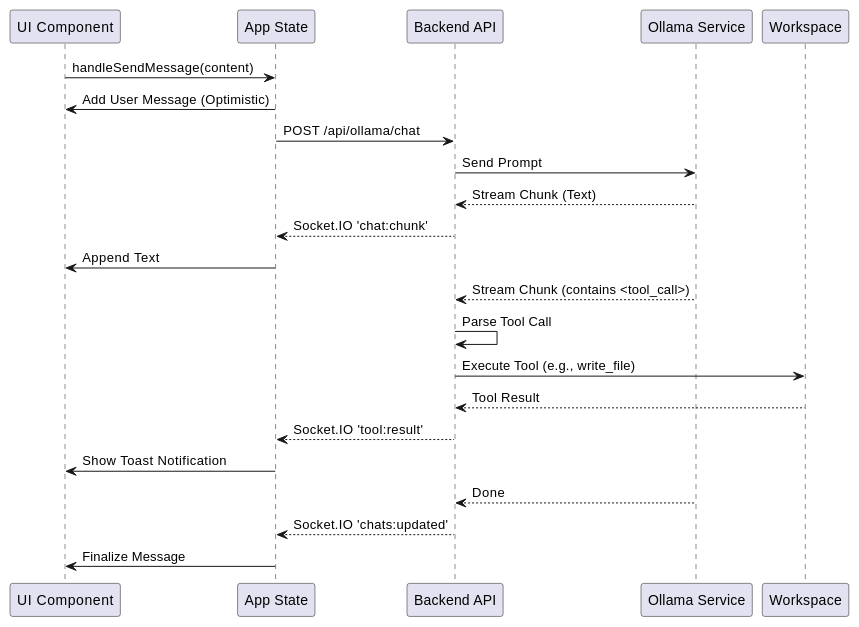
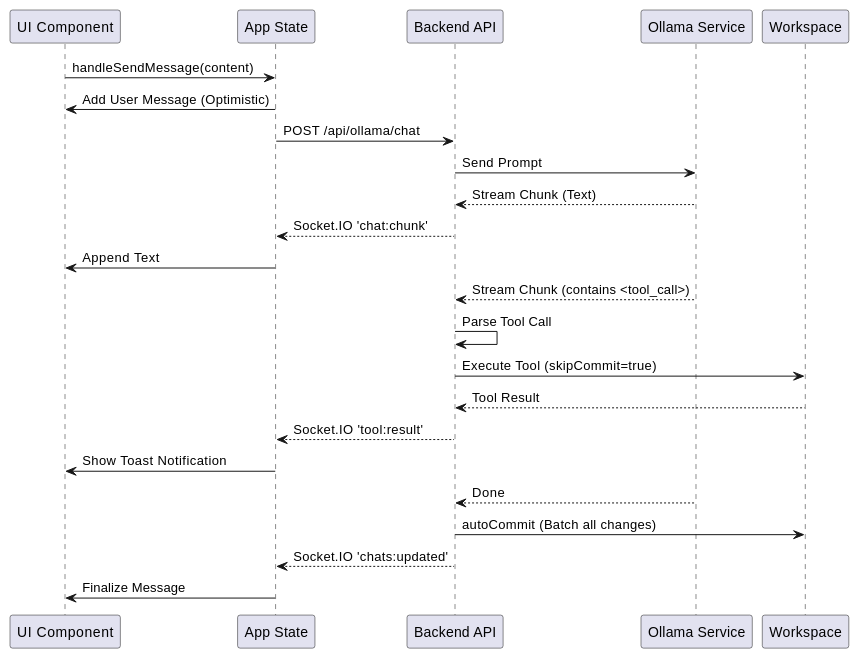
One commit to Thomson1608/Ollama-web changed the seventh of 9 diagrams in PROJECT_UML_DIAGRAMS.md. Above: the diagram before and after it, drawn with PlantUML. The commit also changed other lines of this file and 1 other file, not shown here.

````diff
--- a/PROJECT_UML_DIAGRAMS.md
+++ b/PROJECT_UML_DIAGRAMS.md
@@ -214,28 +214,29 @@
 ```plantuml
 @startuml
 participant "UI Component" as UI
 participant "App State" as State
 participant "Backend API" as API
 participant "Ollama Service" as Ollama
 participant "Workspace" as WS
 
 UI -> State : handleSendMessage(content)
 State -> UI : Add User Message (Optimistic)
 State -> API : POST /api/ollama/chat
 API -> Ollama : Send Prompt
 Ollama --> API : Stream Chunk (Text)
 API --> State : Socket.IO 'chat:chunk'
 State -> UI : Append Text
 
 Ollama --> API : Stream Chunk (contains <tool_call>)
 API -> API : Parse Tool Call
-API -> WS : Execute Tool (e.g., write_file)
+API -> WS : Execute Tool (skipCommit=true)
 WS --> API : Tool Result
 API --> State : Socket.IO 'tool:result'
 State -> UI : Show Toast Notification
 
 Ollama --> API : Done
+API -> WS : autoCommit (Batch all changes)
 API --> State : Socket.IO 'chats:updated'
 State -> UI : Finalize Message
 @enduml
 ```
````
